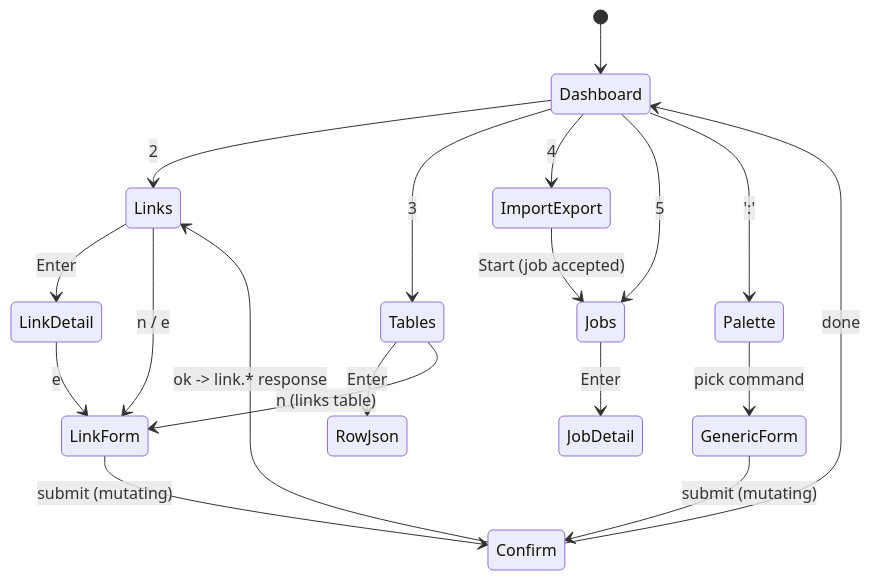
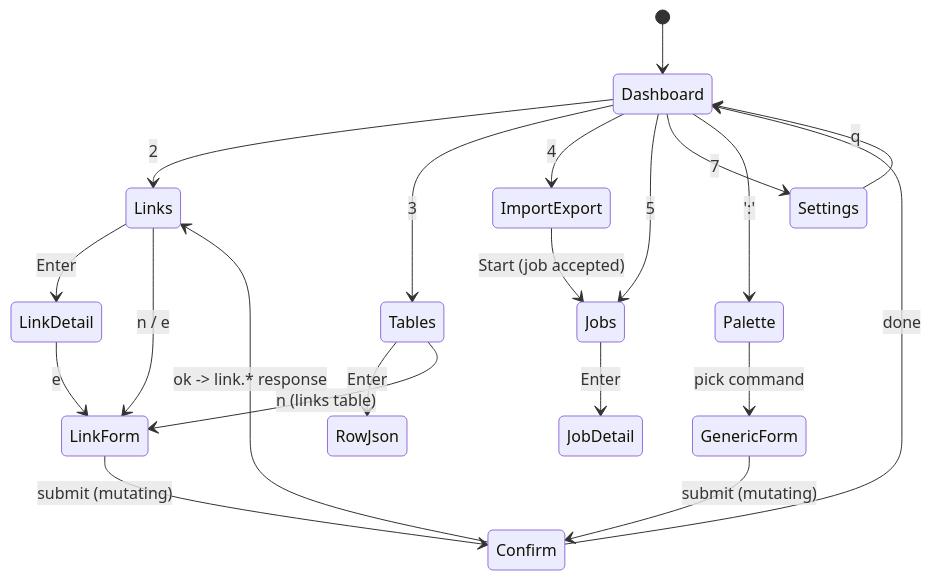
One commit to yuchdev/UrlShortener changed the first of 2 diagrams in docs/adr/0003-tui-framework-and-architecture.md. Above: the diagram before and after it, drawn with Mermaid. The commit also changed other lines of this file and 21 other files, not shown here.

````diff
--- a/docs/adr/0003-tui-framework-and-architecture.md
+++ b/docs/adr/0003-tui-framework-and-architecture.md
@@ -298,21 +298,23 @@
 ```mermaid
 stateDiagram-v2
   [*] --> Dashboard
   Dashboard --> Links: 2
   Dashboard --> Tables: 3
   Dashboard --> ImportExport: 4
   Dashboard --> Jobs: 5
+  Dashboard --> Settings: 7
+  Settings --> Dashboard: q
   Dashboard --> Palette: ':'
   Links --> LinkDetail: Enter
   Links --> LinkForm: n / e
   LinkDetail --> LinkForm: e
   LinkForm --> Confirm: submit (mutating)
   Confirm --> Links: ok -> link.* response
   Tables --> RowJson: Enter
   Tables --> LinkForm: n (links table)
   ImportExport --> Jobs: Start (job accepted)
   Palette --> GenericForm: pick command
   GenericForm --> Confirm: submit (mutating)
   Confirm --> Dashboard: done
   Jobs --> JobDetail: Enter
 ```
````
